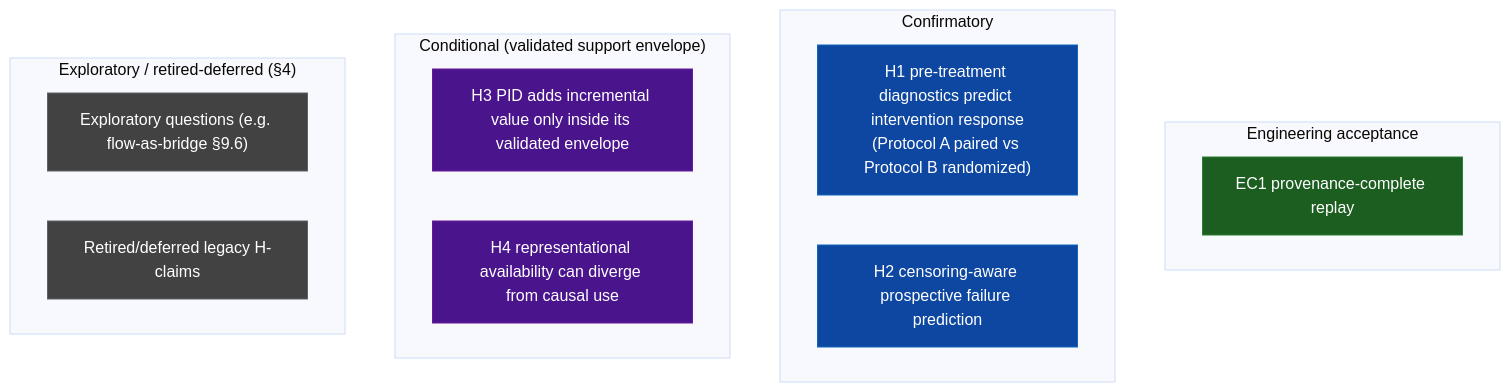
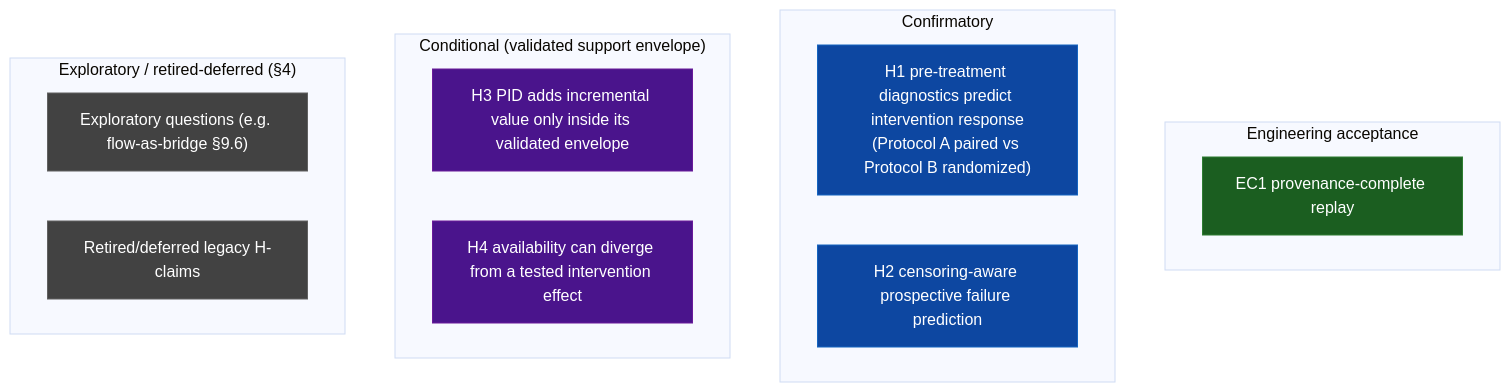
The second of 18 diagrams in DIAGRAMS.md (sepahead/prisoma), drawn with Mermaid (base theme) before and after one commit. The commit also changed other lines of this file and 123 other files, not shown here.

````diff
--- a/DIAGRAMS.md
+++ b/DIAGRAMS.md
@@ -71,26 +71,26 @@
 ```mermaid
 flowchart TB
     classDef core fill:#0d47a1,stroke:#1565c0,color:#fff;
     classDef eng fill:#1b5e20,stroke:#2e7d32,color:#fff;
     classDef cond fill:#4a148c,stroke:#6a1b9a,color:#fff;
     classDef defer fill:#424242,stroke:#616161,color:#fff;
 
     subgraph Engineering["Engineering acceptance"]
         EC1["EC1 provenance-complete replay"]:::eng
     end
 
     subgraph Confirmatory["Confirmatory"]
         H1["H1 pre-treatment diagnostics predict intervention response<br/>(Protocol A paired vs Protocol B randomized)"]:::core
         H2["H2 censoring-aware prospective failure prediction"]:::core
     end
 
     subgraph Conditional["Conditional (validated support envelope)"]
         H3["H3 PID adds incremental value only inside its validated envelope"]:::cond
-        H4["H4 representational availability can diverge from causal use"]:::cond
+        H4["H4 availability can diverge from a tested intervention effect"]:::cond
     end
 
     subgraph ExplDefer["Exploratory / retired-deferred (§4)"]
         EXP["Exploratory questions (e.g. flow-as-bridge §9.6)"]:::defer
         RET["Retired/deferred legacy H-claims"]:::defer
     end
 ```
````
